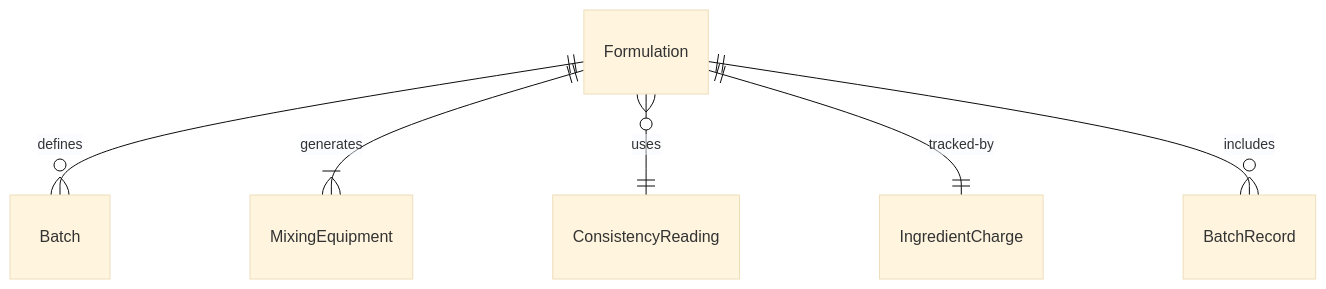
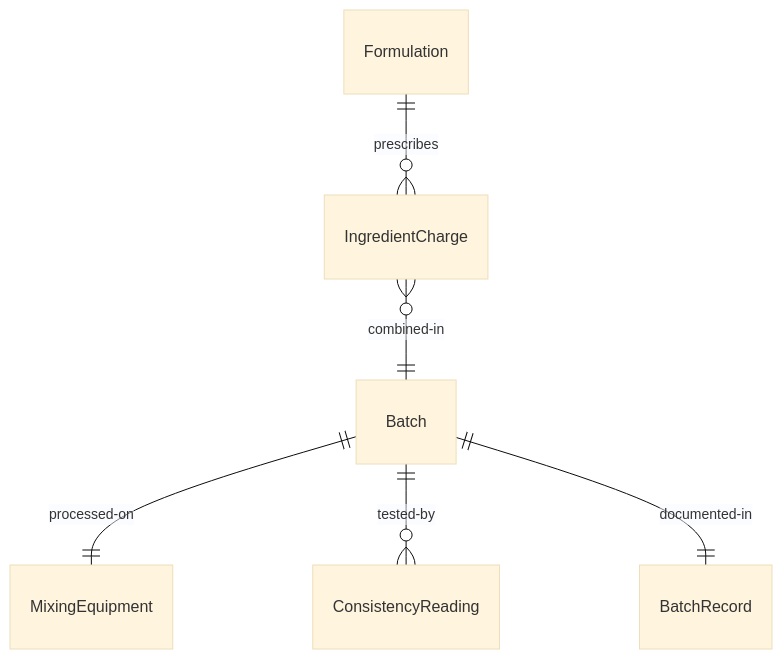
One commit to dot-org-ai/tasks.org.ai changed the first of 4 diagrams in HandlingAndMovingObjects/HandleFoodOrFoodPreparationMaterials/MixIngredients.mdx. Above: the diagram before and after it, drawn with Mermaid (base theme). The commit also changed other lines of this file and 515 other files, not shown here.

````diff
--- a/HandlingAndMovingObjects/HandleFoodOrFoodPreparationMaterials/MixIngredients.mdx
+++ b/HandlingAndMovingObjects/HandleFoodOrFoodPreparationMaterials/MixIngredients.mdx
@@ -89,8 +89,8 @@
 ```mermaid
 erDiagram
-    Formulation ||--o{ Batch : "defines"
-    Formulation ||--|{ MixingEquipment : "generates"
-    Formulation }o--|| ConsistencyReading : "uses"
-    Formulation ||--|| IngredientCharge : "tracked-by"
-    Formulation ||--o{ BatchRecord : "includes"
+    Formulation ||--o{ IngredientCharge : "prescribes"
+    IngredientCharge }o--|| Batch : "combined-in"
+    Batch ||--|| MixingEquipment : "processed-on"
+    Batch ||--o{ ConsistencyReading : "tested-by"
+    Batch ||--|| BatchRecord : "documented-in"
 ```
````
